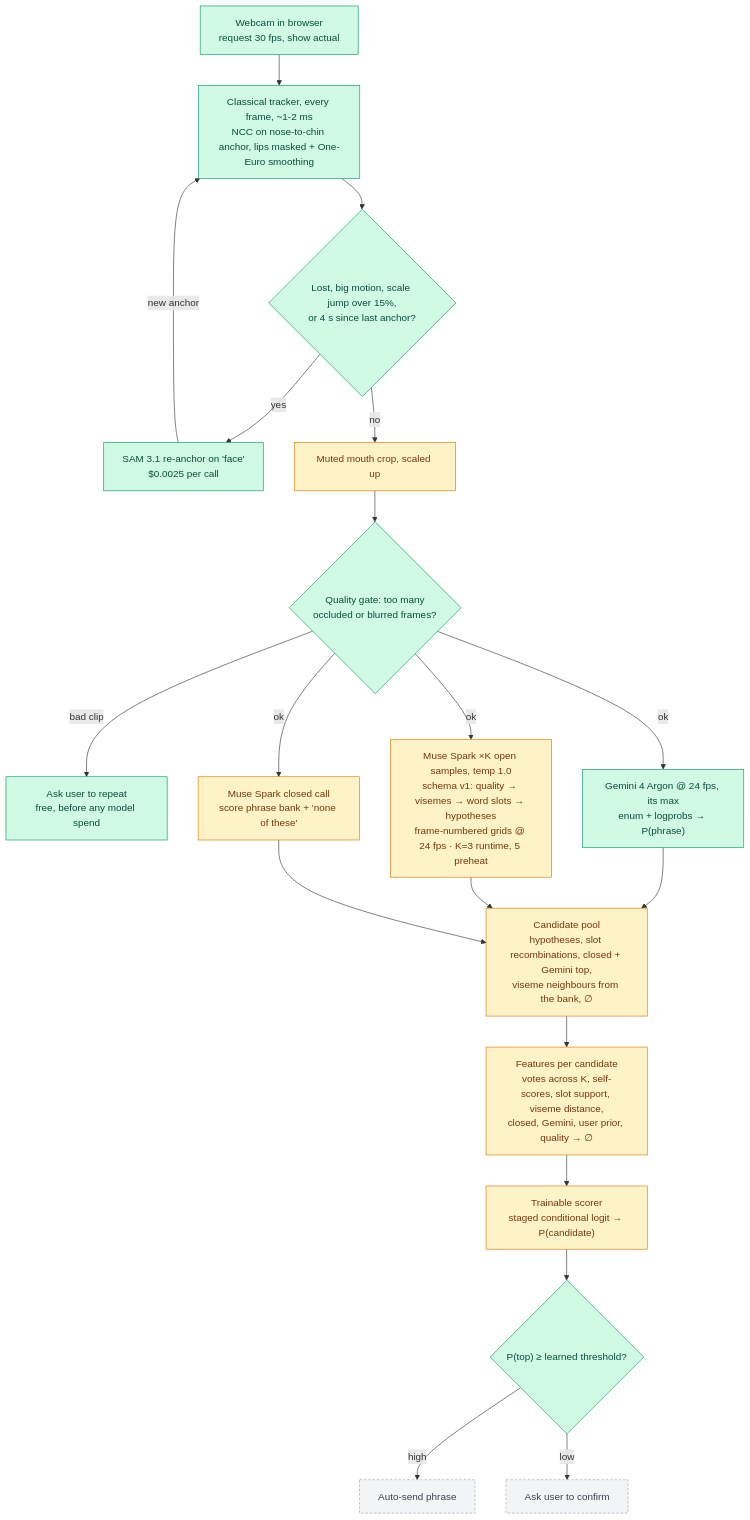
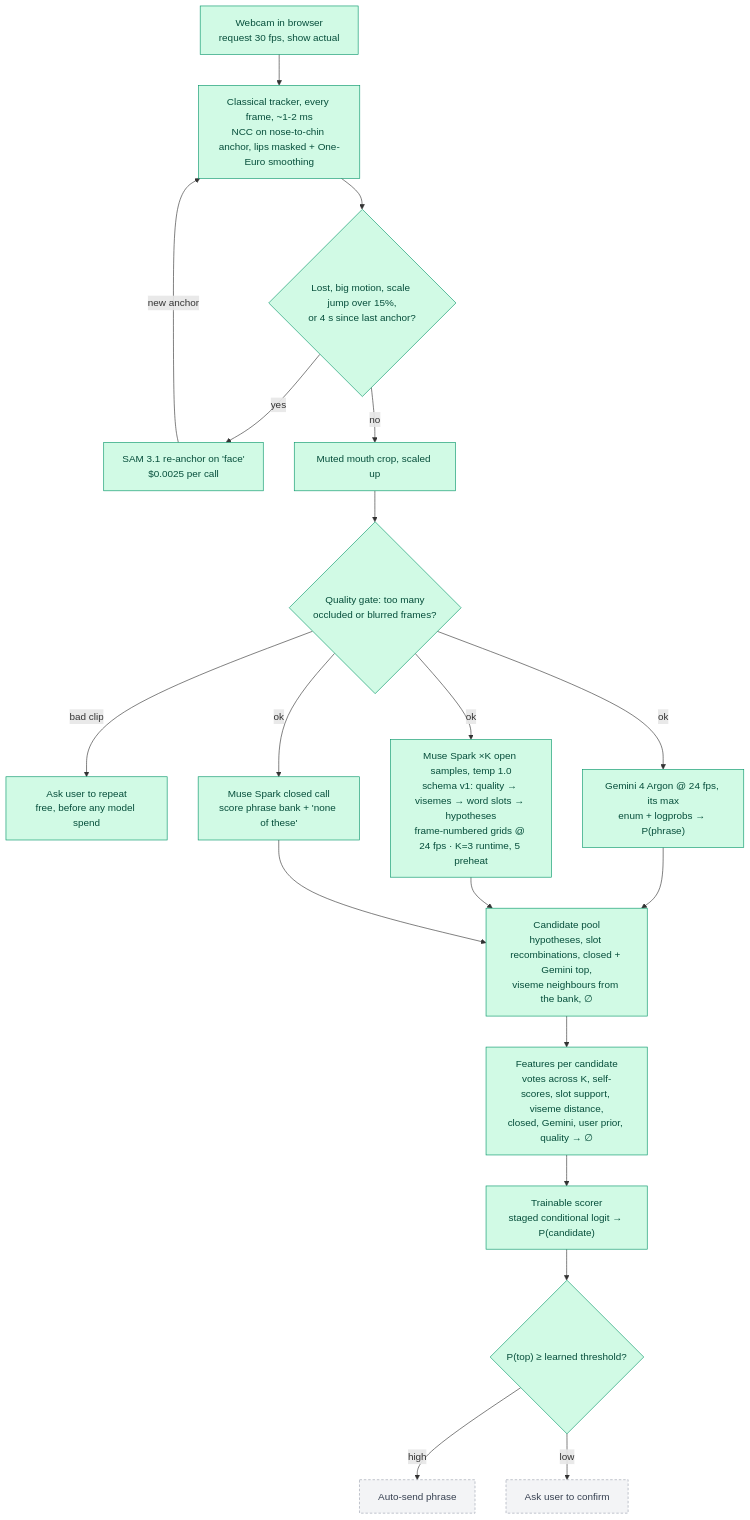
The first of 2 diagrams in docs/pipeline.md (Darijan-Ducic/badge-machine), drawn with Mermaid before and after one commit. The commit also changed other lines of this file, not shown here.

Commit message:
docs: crop, Muse open/closed, pool, features, scorer and raw-output replay are built
Live-verified end to end on one practice clip against Atlas (ingest, /clips list/detail/video, deletion).

````diff
--- a/docs/pipeline.md
+++ b/docs/pipeline.md
@@ -7,35 +7,34 @@
 ```mermaid
 flowchart TD
   CAM["Webcam in browser<br/>request 30 fps, show actual"]
   TRK["Classical tracker, every frame, ~1-2 ms<br/>NCC on nose-to-chin anchor, lips masked + One-Euro smoothing"]
   TRIG{"Lost, big motion, scale jump over 15%,<br/>or 4 s since last anchor?"}
   SAM["SAM 3.1 re-anchor on 'face'<br/>$0.0025 per call"]
   CROP["Muted mouth crop, scaled up"]
   QG{"Quality gate: too many<br/>occluded or blurred frames?"}
   REPEAT["Ask user to repeat<br/>free, before any model spend"]
   GEM["Gemini 4 Argon @ 24 fps, its max<br/>enum + logprobs → P(phrase)"]
   MUSEK["Muse Spark ×K open samples, temp 1.0<br/>schema v1: quality → visemes → word slots → hypotheses<br/>frame-numbered grids @ 24 fps · K=3 runtime, 5 preheat"]
   MUSEC["Muse Spark closed call<br/>score phrase bank + 'none of these'"]
   POOL["Candidate pool<br/>hypotheses, slot recombinations, closed + Gemini top,<br/>viseme neighbours from the bank, ∅"]
   FEAT["Features per candidate<br/>votes across K, self-scores, slot support, viseme distance,<br/>closed, Gemini, user prior, quality → ∅"]
   FUSE["Trainable scorer<br/>staged conditional logit → P(candidate)"]
   GATE{"P(top) ≥ learned threshold?"}
   SEND["Auto-send phrase"]
   CONFIRM["Ask user to confirm"]
 
   CAM --> TRK --> TRIG
   TRIG -- yes --> SAM -- new anchor --> TRK
   TRIG -- no --> CROP --> QG
   QG -- bad clip --> REPEAT
   QG -- ok --> GEM & MUSEK & MUSEC
   GEM & MUSEK & MUSEC --> POOL --> FEAT --> FUSE --> GATE
   GATE -- high --> SEND
   GATE -- low --> CONFIRM
 
   classDef built fill:#d1fae5,stroke:#059669,color:#064e3b
   classDef building fill:#fef3c7,stroke:#d97706,color:#78350f
   classDef planned fill:#f3f4f6,stroke:#9ca3af,color:#374151,stroke-dasharray:4 3
-  class CAM,GEM,GATE,SAM,TRK,TRIG,QG,REPEAT built
-  class CROP,MUSEK,MUSEC,POOL,FEAT,FUSE building
+  class CAM,GEM,GATE,SAM,TRK,TRIG,QG,REPEAT,CROP,MUSEK,MUSEC,POOL,FEAT,FUSE built
   class SEND,CONFIRM planned
 ```
````
